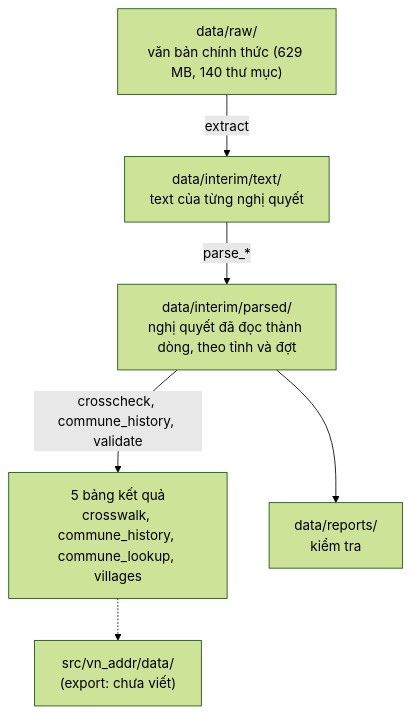
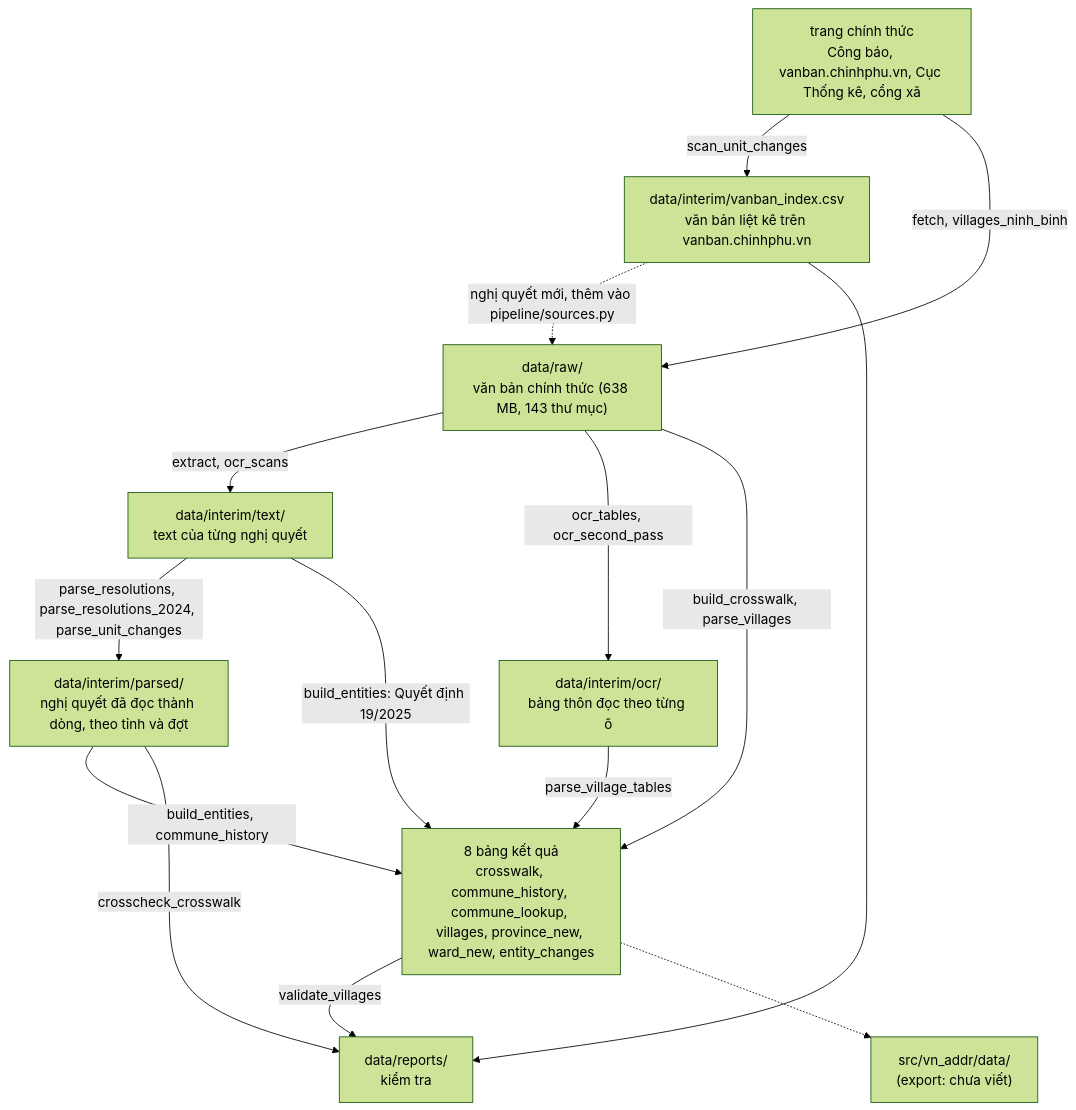
The second of 2 diagrams in data/README.md (nghiax32/VnAddr), drawn with Mermaid (forest theme) before and after one commit. The commit also changed other lines of this file and 1 other file, not shown here.

Commit message:
Update READMEs for the 2025 unit list and later changes

````diff
--- a/data/README.md
+++ b/data/README.md
@@ -110,12 +133,26 @@
 ```mermaid
 flowchart TD
-    raw["data/raw/<br/>văn bản chính thức (629 MB, 140 thư mục)"]
+    sites["trang chính thức<br/>Công báo, vanban.chinhphu.vn, Cục Thống kê, cổng xã"]
+    index["data/interim/vanban_index.csv<br/>văn bản liệt kê trên vanban.chinhphu.vn"]
+    raw["data/raw/<br/>văn bản chính thức (638 MB, 143 thư mục)"]
     text["data/interim/text/<br/>text của từng nghị quyết"]
+    ocr["data/interim/ocr/<br/>bảng thôn đọc theo từng ô"]
     parsed["data/interim/parsed/<br/>nghị quyết đã đọc thành dòng, theo tỉnh và đợt"]
-    out["5 bảng kết quả<br/>crosswalk, commune_history, commune_lookup, villages"]
+    out["8 bảng kết quả<br/>crosswalk, commune_history, commune_lookup, villages, province_new, ward_new, entity_changes"]
     reports["data/reports/<br/>kiểm tra"]
     lib["src/vn_addr/data/<br/>(export: chưa viết)"]
-    raw -->|extract| text -->|parse_*| parsed -->|crosscheck, commune_history, validate| out
-    parsed --> reports
+    sites -->|scan_unit_changes| index
+    index -.->|nghị quyết mới, thêm vào pipeline/sources.py| raw
+    sites -->|fetch, villages_ninh_binh| raw
+    raw -->|extract, ocr_scans| text
+    raw -->|ocr_tables, ocr_second_pass| ocr
+    raw -->|build_crosswalk, parse_villages| out
+    text -->|parse_resolutions, parse_resolutions_2024, parse_unit_changes| parsed
+    text -->|build_entities: Quyết định 19/2025| out
+    ocr -->|parse_village_tables| out
+    parsed -->|build_entities, commune_history| out
+    parsed -->|crosscheck_crosswalk| reports
+    out -->|validate_villages| reports
+    index --> reports
     out -.-> lib
 ```
````
